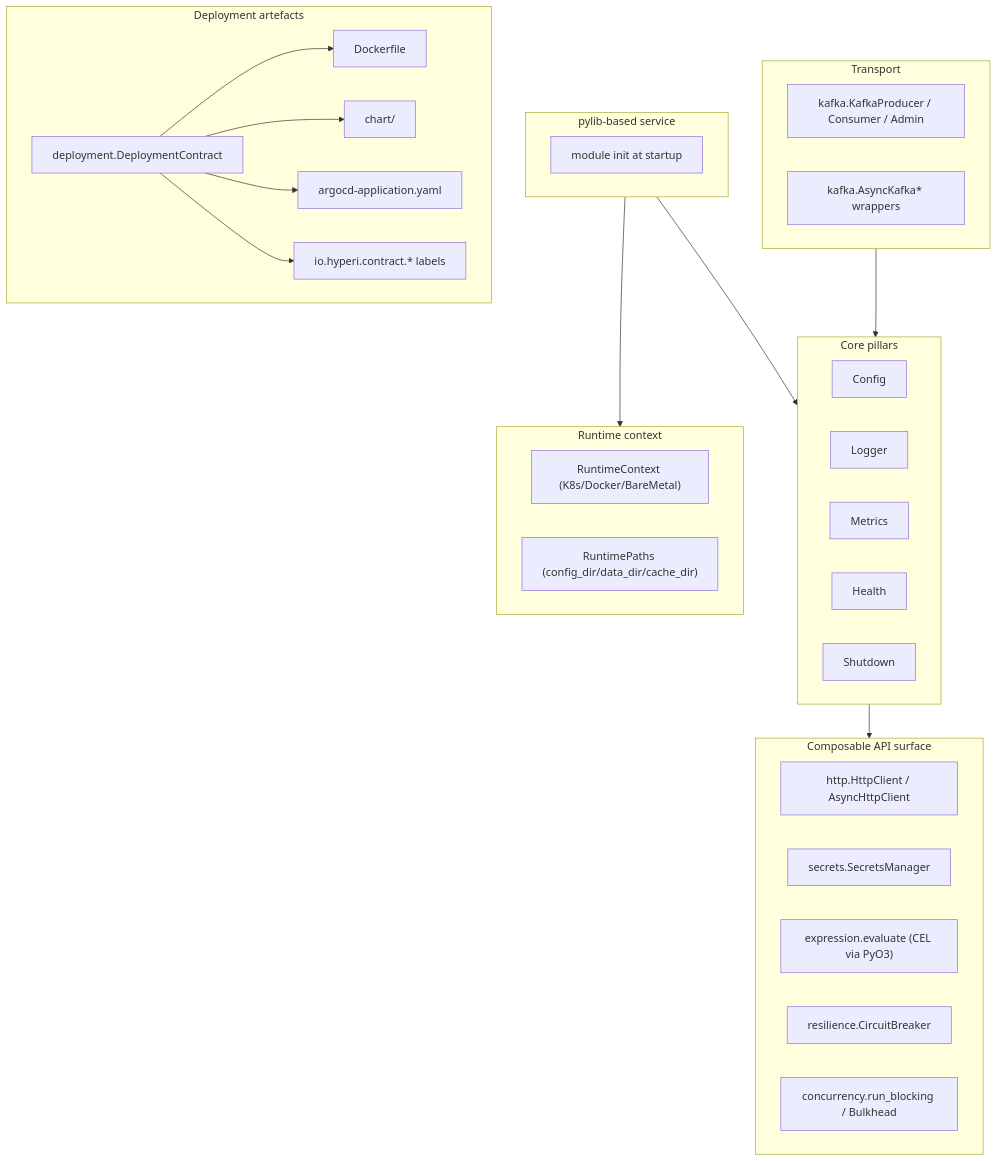
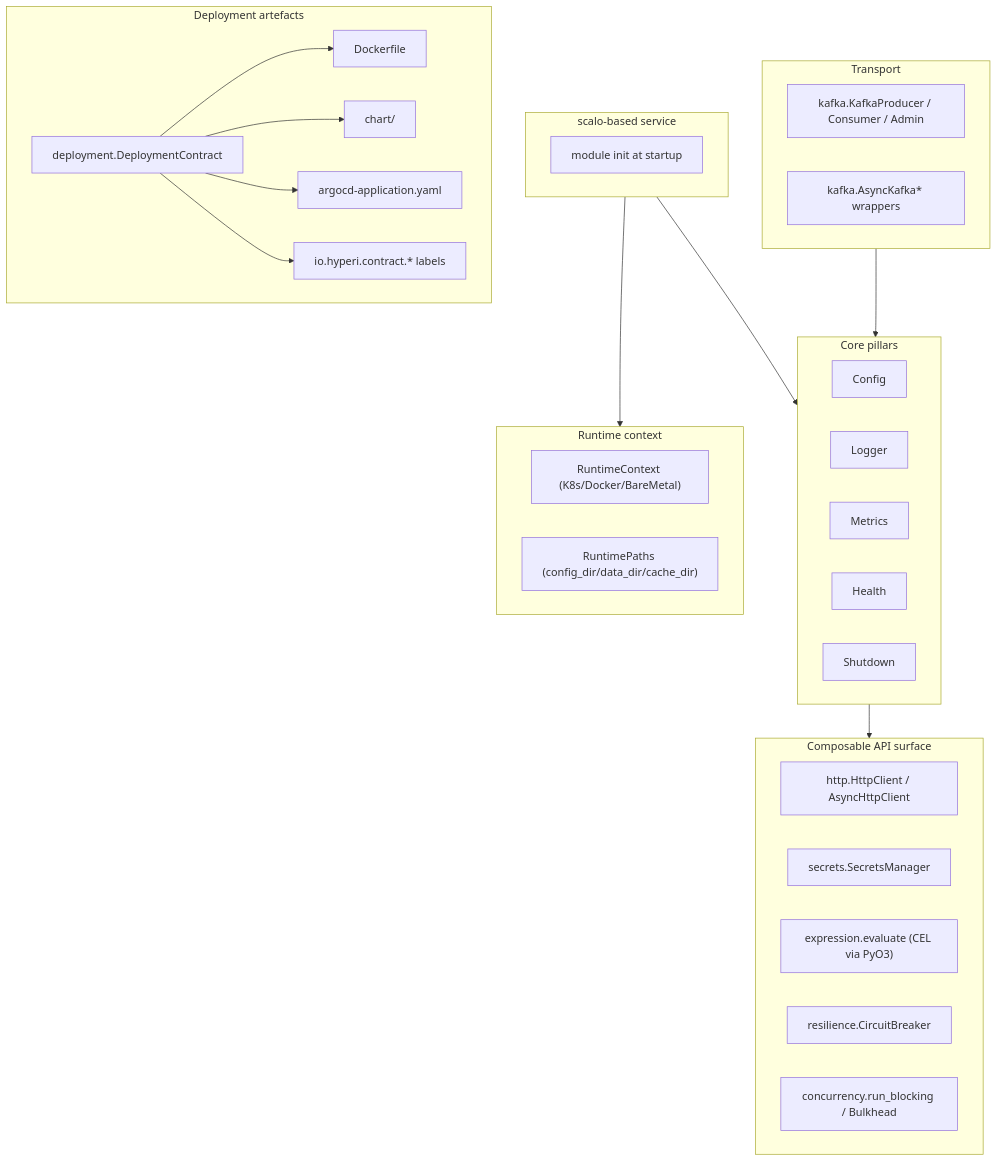
One commit to hyperi-io/scalo-py changed the diagram in docs/README.md. Above: the diagram before and after it, drawn with Mermaid. The commit also changed other lines of this file and 16 other files, not shown here.

````diff
--- a/docs/README.md
+++ b/docs/README.md
@@ -37,49 +37,49 @@
 ```mermaid
 flowchart TB
-    subgraph App["pylib-based service"]
+    subgraph App["scalo-based service"]
         Init["module init at startup"]
     end
 
     subgraph Pillars["Core pillars"]
         Config
         Logger
         Metrics
         Health
         Shutdown
     end
 
     subgraph Runtime["Runtime context"]
         RC["RuntimeContext (K8s/Docker/BareMetal)"]
         Paths["RuntimePaths (config_dir/data_dir/cache_dir)"]
     end
 
     subgraph API["Composable API surface"]
         HTTP["http.HttpClient / AsyncHttpClient"]
         Secrets["secrets.SecretsManager"]
         Expr["expression.evaluate (CEL via PyO3)"]
         Resil["resilience.CircuitBreaker"]
         Conc["concurrency.run_blocking / Bulkhead"]
     end
 
     subgraph Transport["Transport"]
         Kafka["kafka.KafkaProducer / Consumer / Admin"]
         AsyncKafka["kafka.AsyncKafka* wrappers"]
     end
 
     subgraph Deploy["Deployment artefacts"]
         DC["deployment.DeploymentContract"]
         DF["Dockerfile"]
         CH["chart/"]
         AC["argocd-application.yaml"]
         ID["io.hyperi.contract.* labels"]
     end
 
     App --> Pillars
     App --> Runtime
     Pillars --> API
     Transport --> Pillars
     DC --> DF
     DC --> CH
     DC --> AC
     DC --> ID
 ```
````
